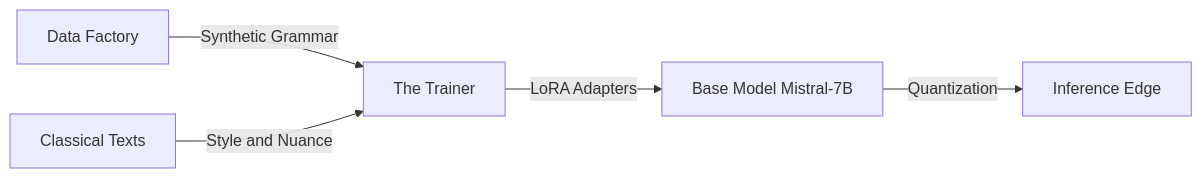
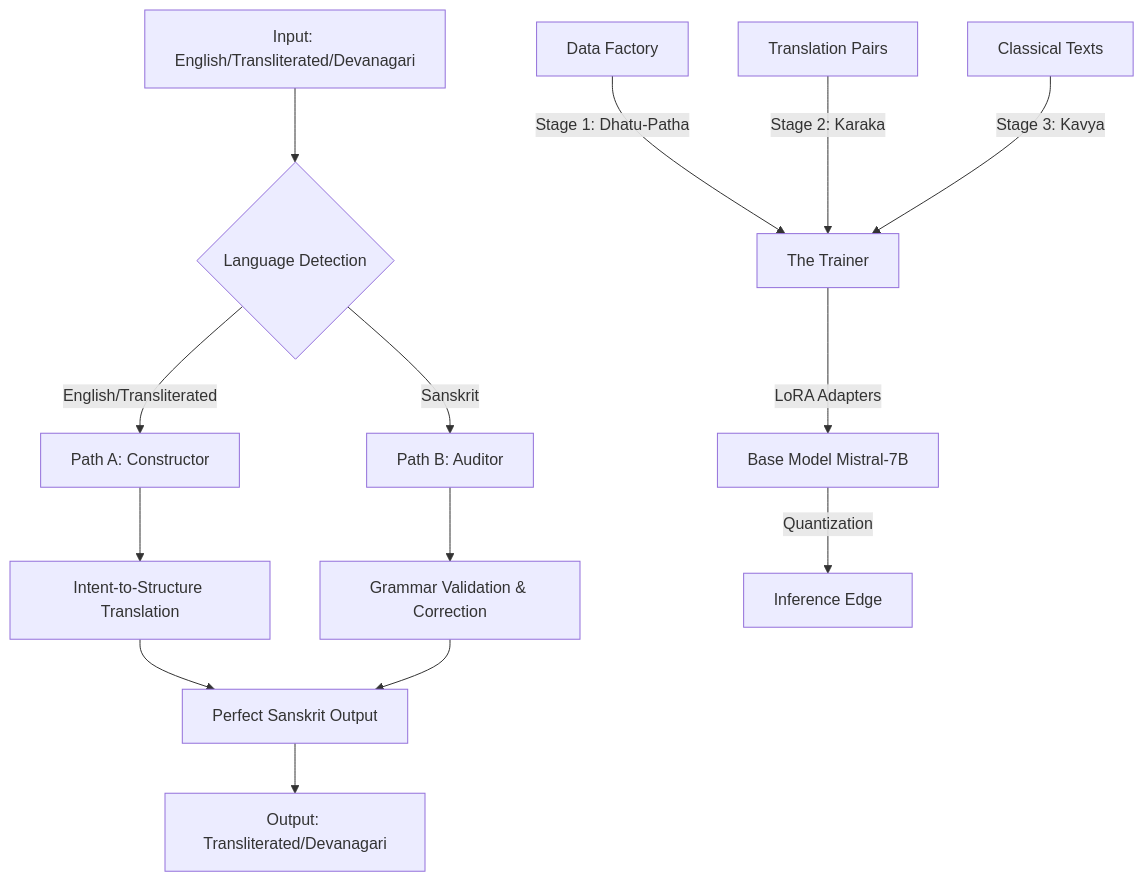
Before and after one commit to raghav-vk/panini-neuro-symbolic-ai: the diagram in readme.md, drawn with Mermaid. The commit also changed other lines of this file and 3 other files, not shown here.

````diff
--- a/readme.md
+++ b/readme.md
@@ -15,7 +20,17 @@
 ```mermaid
-flowchart LR
-    A[Data Factory] -->|Synthetic Grammar| B[The Trainer]
-    C[Classical Texts] -->|Style and Nuance| B
-    B -->|LoRA Adapters| D[Base Model Mistral-7B]
-    D -->|Quantization| E[Inference Edge]
+flowchart TB
+    A[Input: English/Transliterated/Devanagari] --> B{Language Detection}
+    B -->|English/Transliterated| C[Path A: Constructor]
+    B -->|Sanskrit| D[Path B: Auditor]
+    C --> E[Intent-to-Structure Translation]
+    D --> F[Grammar Validation & Correction]
+    E --> G[Perfect Sanskrit Output]
+    F --> G
+    G --> H[Output: Transliterated/Devanagari]
+    
+    I[Data Factory] -->|Stage 1: Dhatu-Patha| J[The Trainer]
+    K[Translation Pairs] -->|Stage 2: Karaka| J
+    L[Classical Texts] -->|Stage 3: Kavya| J
+    J -->|LoRA Adapters| M[Base Model Mistral-7B]
+    M -->|Quantization| N[Inference Edge]
 ```
````
